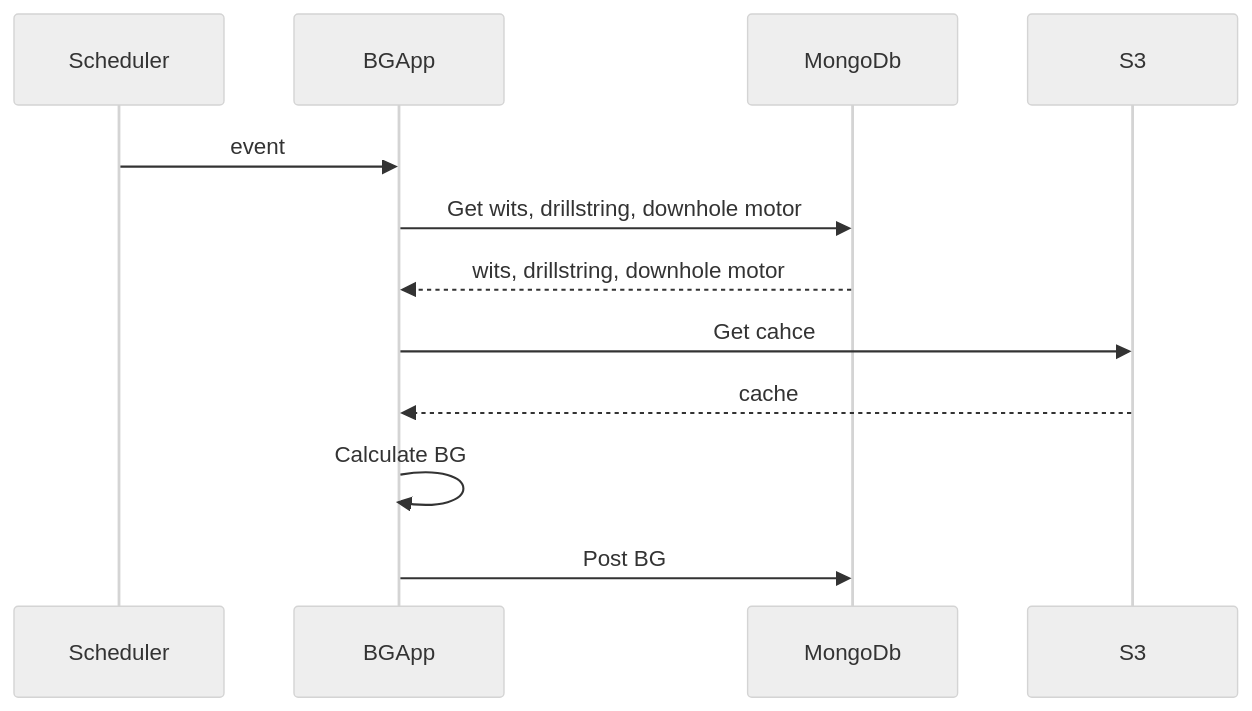
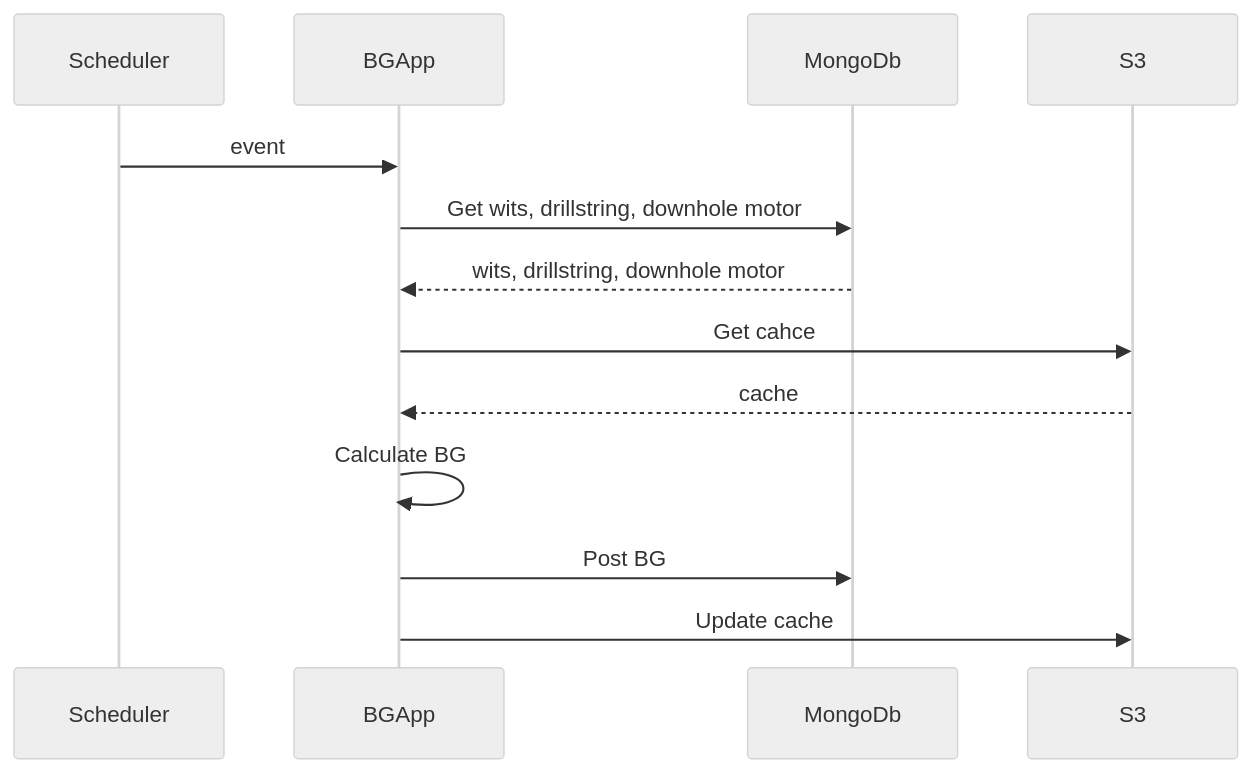
One commit to Atashnezhad/Realtime_BitGrading_App changed the first of 2 diagrams in README.md. Above: the diagram before and after it, drawn with Mermaid (neutral theme). The commit also changed other lines of this file, not shown here.

````diff
--- a/README.md
+++ b/README.md
@@ -62,10 +62,11 @@
 ```mermaid
 sequenceDiagram
 Scheduler->>BGApp: event
 BGApp->>MongoDb: Get wits, drillstring, downhole motor
 MongoDb-->>BGApp: wits, drillstring, downhole motor
 BGApp->>S3: Get cahce
 S3-->>BGApp: cache
 BGApp->>BGApp: Calculate BG
 BGApp->>MongoDb: Post BG
+BGApp->>S3: Update cache
 ```
````
